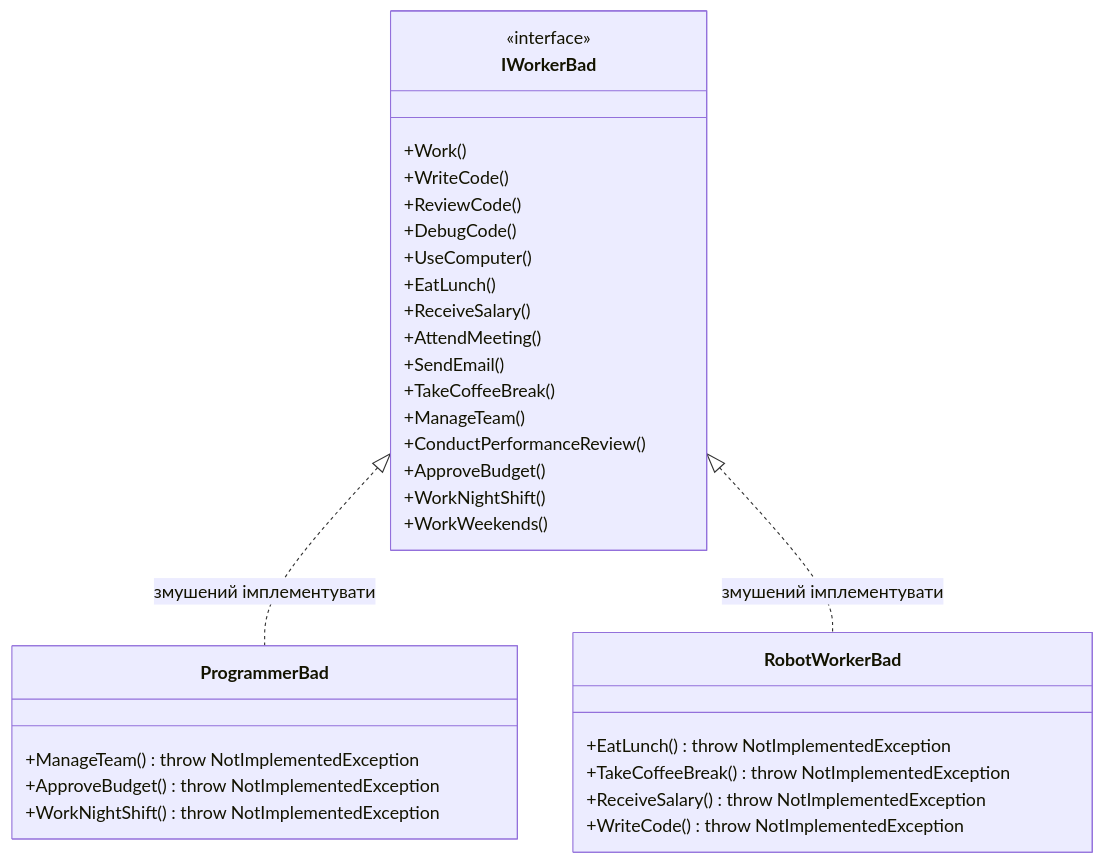
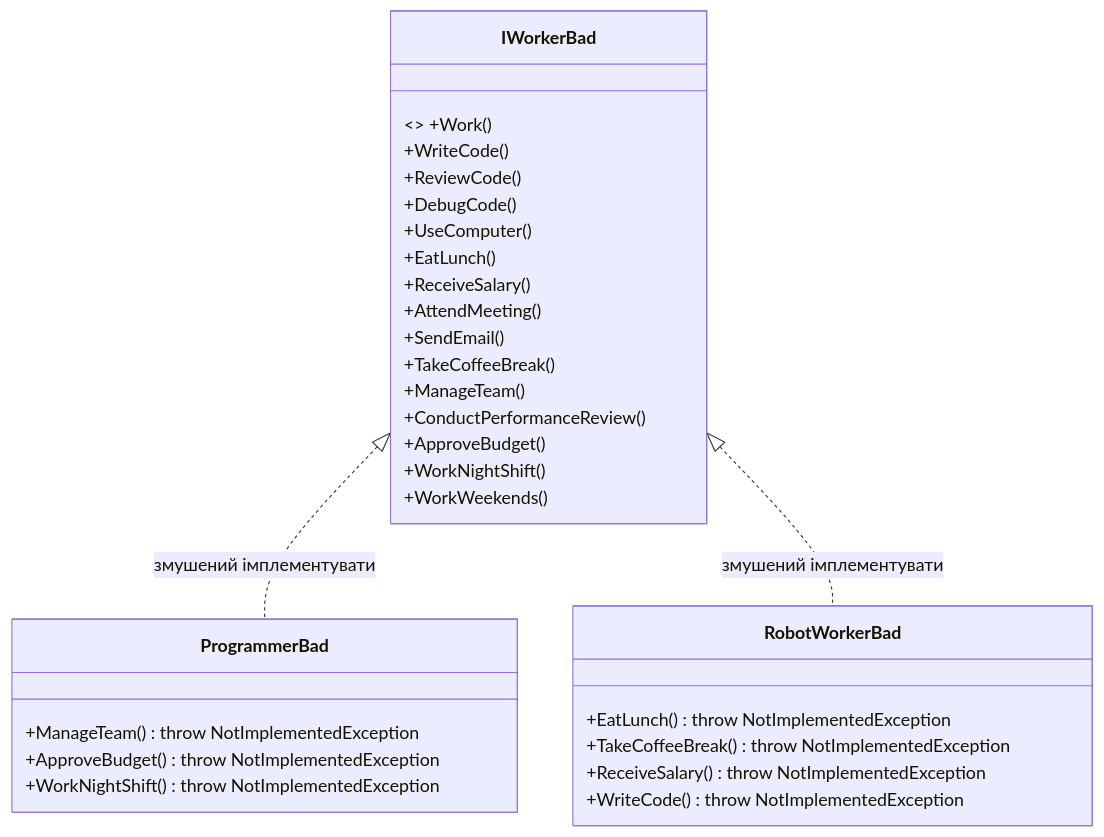
One commit to MrTomkaYurii/CSharp-OOP-Mastery changed the second of 3 diagrams in 08-Architecture-And-Patterns/01-SOLID-Principles/OOP - SOLID/I/README.md. Above: the diagram before and after it, drawn with Mermaid. The commit also changed other lines of this file and 246 other files, not shown here.

Commit message:
feat(architecture): restructure 08 around SOLID, Generic Host (Config & Logging), DI, AutoMapper, Spectre.Console and 3-tier EF Core app

````diff
--- a/08-Architecture-And-Patterns/01-SOLID-Principles/OOP - SOLID/I/README.md
+++ b/08-Architecture-And-Patterns/01-SOLID-Principles/OOP - SOLID/I/README.md
@@ -90,37 +90,36 @@
 ```mermaid
 classDiagram
     class IWorkerBad {
-        <<interface>>
-        +Work()
+        <<interface>> +Work()
         +WriteCode()
         +ReviewCode()
         +DebugCode()
         +UseComputer()
         +EatLunch()
         +ReceiveSalary()
         +AttendMeeting()
         +SendEmail()
         +TakeCoffeeBreak()
         +ManageTeam()
         +ConductPerformanceReview()
         +ApproveBudget()
         +WorkNightShift()
         +WorkWeekends()
     }
 
     class ProgrammerBad {
         +ManageTeam() throw NotImplementedException
         +ApproveBudget() throw NotImplementedException
         +WorkNightShift() throw NotImplementedException
     }
 
     class RobotWorkerBad {
         +EatLunch() throw NotImplementedException
         +TakeCoffeeBreak() throw NotImplementedException
         +ReceiveSalary() throw NotImplementedException
         +WriteCode() throw NotImplementedException
     }
 
     IWorkerBad <|.. ProgrammerBad : змушений імплементувати
     IWorkerBad <|.. RobotWorkerBad : змушений імплементувати
 ```
````
